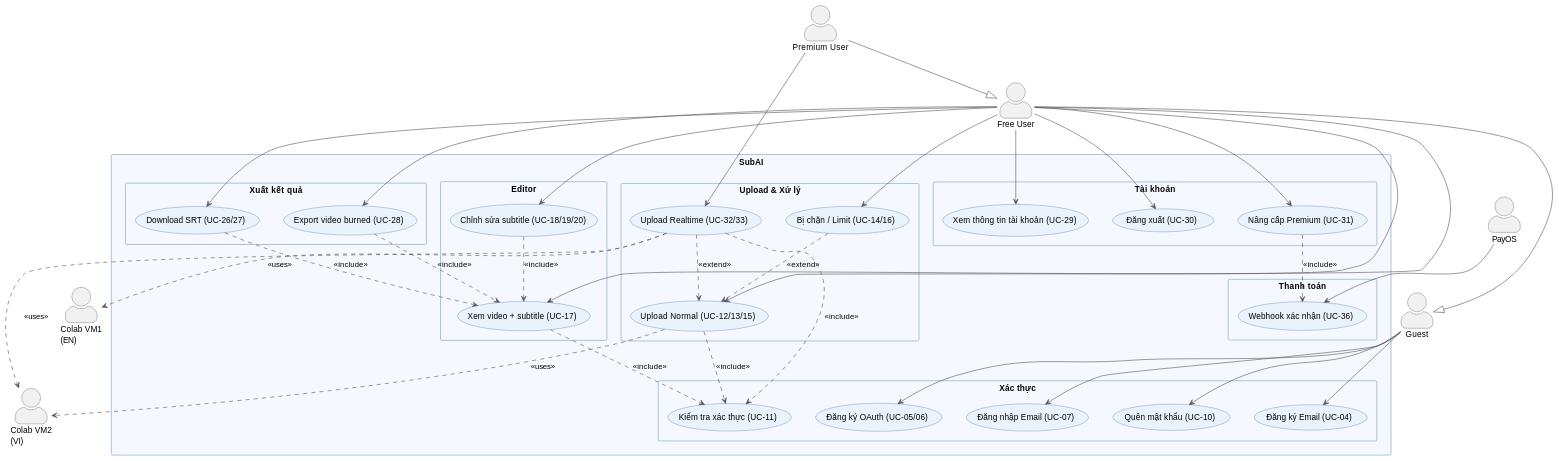
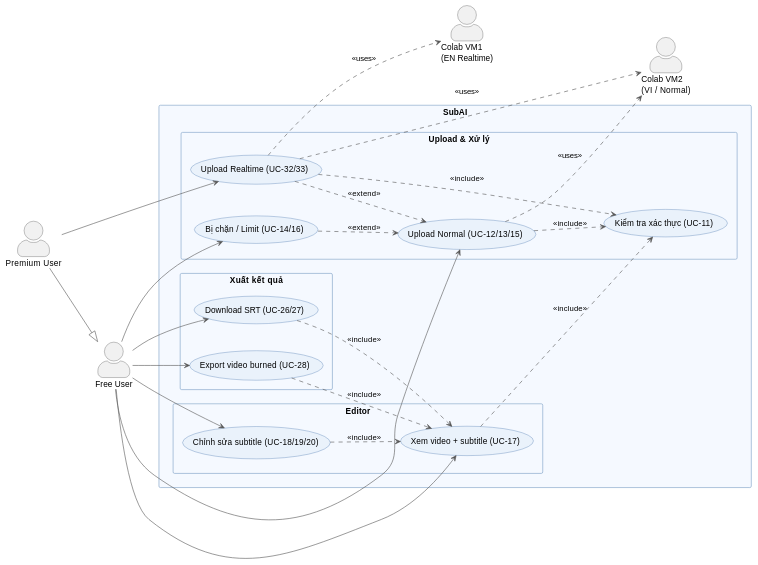
One commit to SonDinh1129/subtitle-project changed the second of 3 diagrams in docs/usecase-diagram.md. Above: the diagram before and after it, drawn with PlantUML. The commit also changed other lines of this file, not shown here.

Commit message:
docs: split use case diagram into 3 focused diagrams by domain

````diff
--- a/docs/usecase-diagram.md
+++ b/docs/usecase-diagram.md
@@ -9,5 +65,5 @@
 ```plantuml
-@startuml SubAI_UseCases
+@startuml SubAI_Core
 
 skinparam actorStyle awesome
 skinparam packageStyle rectangle
@@ -19,46 +75,30 @@
 skinparam arrowColor #555555
 skinparam actorBorderColor #333333
 skinparam shadowing false
-skinparam nodesep 40
-skinparam ranksep 50
+skinparam nodesep 45
+skinparam ranksep 55
 
-top to bottom direction
+left to right direction
 
-' ── Actors (trái) ─────────────────────────────────────
-actor "Guest"         as Guest
 actor "Free User"     as Free
 actor "Premium User"  as Premium
+actor "Colab VM1\n(EN Realtime)" as VM1
+actor "Colab VM2\n(VI / Normal)" as VM2
 
-' ── Actors (phải / hệ thống ngoài) ───────────────────
-actor "PayOS"         as PayOS
-actor "Colab VM1\n(EN)" as VM1
-actor "Colab VM2\n(VI)" as VM2
-
-Free    --|> Guest
 Premium --|> Free
 
 rectangle "SubAI" {
 
-  ' Hàng 1 — Xác thực (dùng chung Guest + Free)
-  package "Xác thực" {
-    usecase "Đăng ký Email (UC-04)"    as UC04
-    usecase "Đăng ký OAuth (UC-05/06)" as UC05
-    usecase "Đăng nhập Email (UC-07)"  as UC07
-    usecase "Quên mật khẩu (UC-10)"    as UC10
-    usecase "Kiểm tra xác thực (UC-11)" as UC11
+  package "Upload & Xử lý" {
+    usecase "Upload Normal (UC-12/13/15)"  as UC12
+    usecase "Upload Realtime (UC-32/33)"   as UC32
+    usecase "Bị chặn / Limit (UC-14/16)"  as UC14
+    usecase "Kiểm tra xác thực (UC-11)"   as UC11
   }
 
-  ' Hàng 2 — Upload & xử lý
-  package "Upload & Xử lý" {
-    usecase "Upload Normal (UC-12/13/15)"    as UC12
-    usecase "Upload Realtime (UC-32/33)"     as UC32
-    usecase "Bị chặn / Limit (UC-14/16)"    as UC14
-  }
-
-  ' Hàng 3 — Editor + Xuất
   package "Editor" {
-    usecase "Xem video + subtitle (UC-17)"      as UC17
-    usecase "Chỉnh sửa subtitle (UC-18/19/20)"  as UC18
+    usecase "Xem video + subtitle (UC-17)"     as UC17
+    usecase "Chỉnh sửa subtitle (UC-18/19/20)" as UC18
   }
 
   package "Xuất kết quả" {
@@ -66,46 +106,23 @@
     usecase "Export video burned (UC-28)" as UC28
   }
 
-  ' Hàng 4 — Tài khoản + Thanh toán
-  package "Tài khoản" {
-    usecase "Xem thông tin tài khoản (UC-29)" as UC29
-    usecase "Đăng xuất (UC-30)"               as UC30
-    usecase "Nâng cấp Premium (UC-31)"        as UC31
-  }
-
-  package "Thanh toán" {
-    usecase "Webhook xác nhận (UC-36)" as UC36
-  }
-
 }
 
-' ── Guest ─────────────────────────────────────────────
-Guest --> UC04
-Guest --> UC05
-Guest --> UC07
-Guest --> UC10
-
-' ── Free User ─────────────────────────────────────────
-Free --> UC12
-Free --> UC14
-Free --> UC17
-Free --> UC18
-Free --> UC26
-Free --> UC28
-Free --> UC29
-Free --> UC30
-Free --> UC31
-
-' ── Premium User ──────────────────────────────────────
+' Actors → Use Cases
+Free    --> UC12
+Free    --> UC14
+Free    --> UC17
+Free    --> UC18
+Free    --> UC26
+Free    --> UC28
 Premium --> UC32
 
-' ── Hệ thống ngoài ────────────────────────────────────
-PayOS --> UC36
-UC12  ..> VM2 : <<uses>>
-UC32  ..> VM1 : <<uses>>
-UC32  ..> VM2 : <<uses>>
+' Hệ thống ngoài
+UC12 ..> VM2 : <<uses>>
+UC32 ..> VM1 : <<uses>>
+UC32 ..> VM2 : <<uses>>
 
-' ── <<include>> — bắt buộc ────────────────────────────
+' <<include>>
 UC12 ..> UC11 : <<include>>
 UC32 ..> UC11 : <<include>>
 UC17 ..> UC11 : <<include>>
@@ -114,9 +131,7 @@
 UC26 ..> UC17 : <<include>>
 UC28 ..> UC17 : <<include>>
 
-UC31 ..> UC36 : <<include>>
-
-' ── <<extend>> — có điều kiện ─────────────────────────
+' <<extend>>
 UC14 ..> UC12 : <<extend>>
 UC32 ..> UC12 : <<extend>>
 
````
